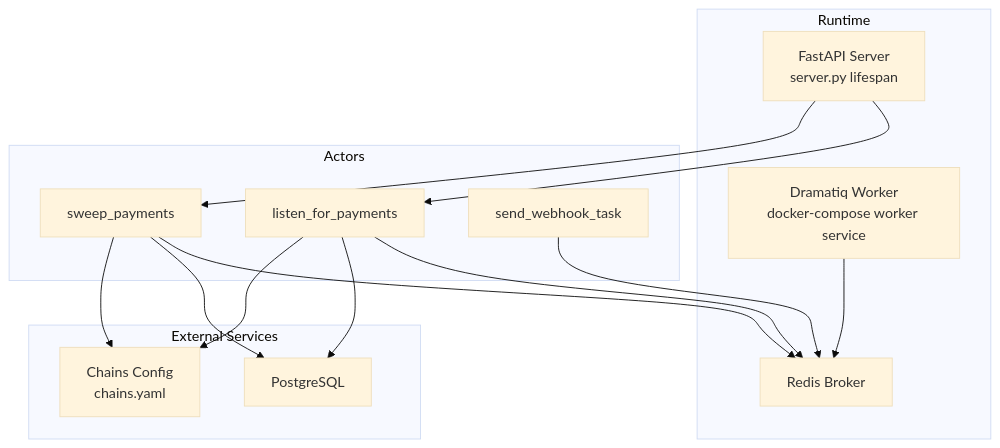
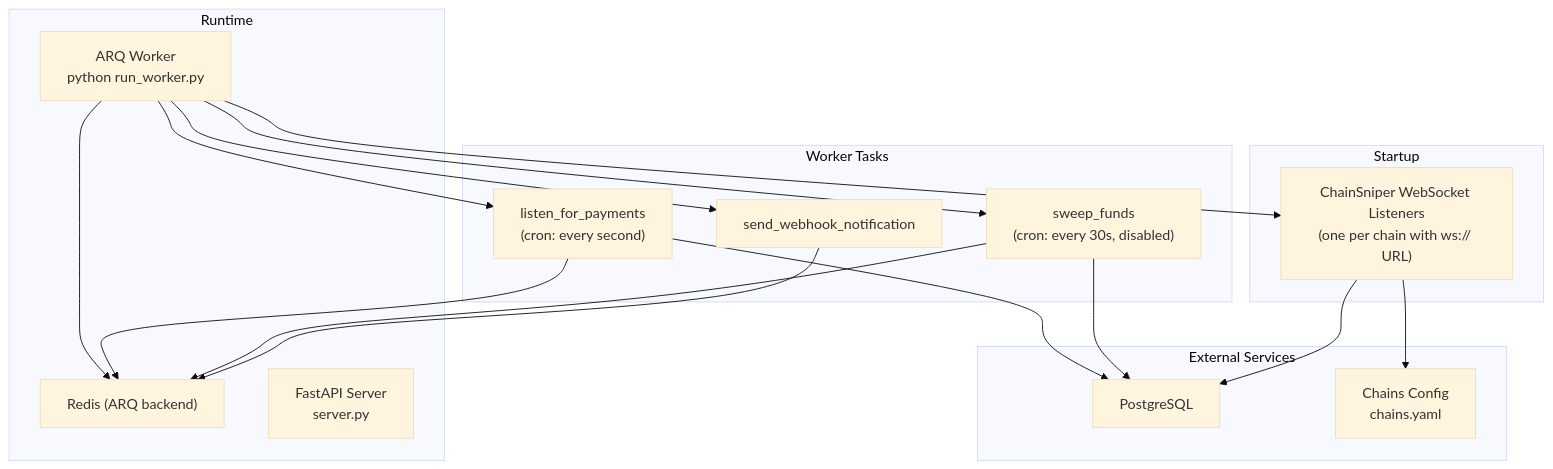
One commit to rakibhossain72/ctrip-docs changed the second of 5 diagrams in docs/background-processing/worker-architecture.md. Above: the diagram before and after it, drawn with Mermaid (base theme). The commit also changed other lines of this file and 25 other files, not shown here.

First line of the commit message:
docs: Update documentation to reflect ARQ task migration from Dramatiq

````diff
--- a/docs/background-processing/worker-architecture.md
+++ b/docs/background-processing/worker-architecture.md
@@ -120,27 +121,32 @@
 ```mermaid
 graph TB
 subgraph "Runtime"
-Broker["Redis Broker"]
-Server["FastAPI Server<br/>server.py lifespan"]
-Worker["Dramatiq Worker<br/>docker-compose worker service"]
+Redis["Redis (ARQ backend)"]
+API["FastAPI Server<br/>server.py"]
+Worker["ARQ Worker<br/>python run_worker.py"]
 end
-subgraph "Actors"
-LFP["listen_for_payments"]
-SWP["sweep_payments"]
-WHT["send_webhook_task"]
+subgraph "Worker Tasks"
+LFP["listen_for_payments<br/>(cron: every second)"]
+SWP["sweep_funds<br/>(cron: every 30s, disabled)"]
+WHT["send_webhook_notification"]
+end
+subgraph "Startup"
+Sniper["ChainSniper WebSocket Listeners<br/>(one per chain with ws:// URL)"]
 end
 subgraph "External Services"
 DB["PostgreSQL"]
 CHAINS["Chains Config<br/>chains.yaml"]
 end
-Server --> LFP
-Server --> SWP
-LFP --> Broker
-SWP --> Broker
-WHT --> Broker
-Worker --> Broker
+Worker --> Redis
+Worker --> Sniper
+LFP --> Redis
+SWP --> Redis
+WHT --> Redis
+Worker --> LFP
+Worker --> SWP
+Worker --> WHT
 LFP --> DB
 SWP --> DB
-LFP --> CHAINS
-SWP --> CHAINS
+Sniper --> DB
+Sniper --> CHAINS
 ```
````
